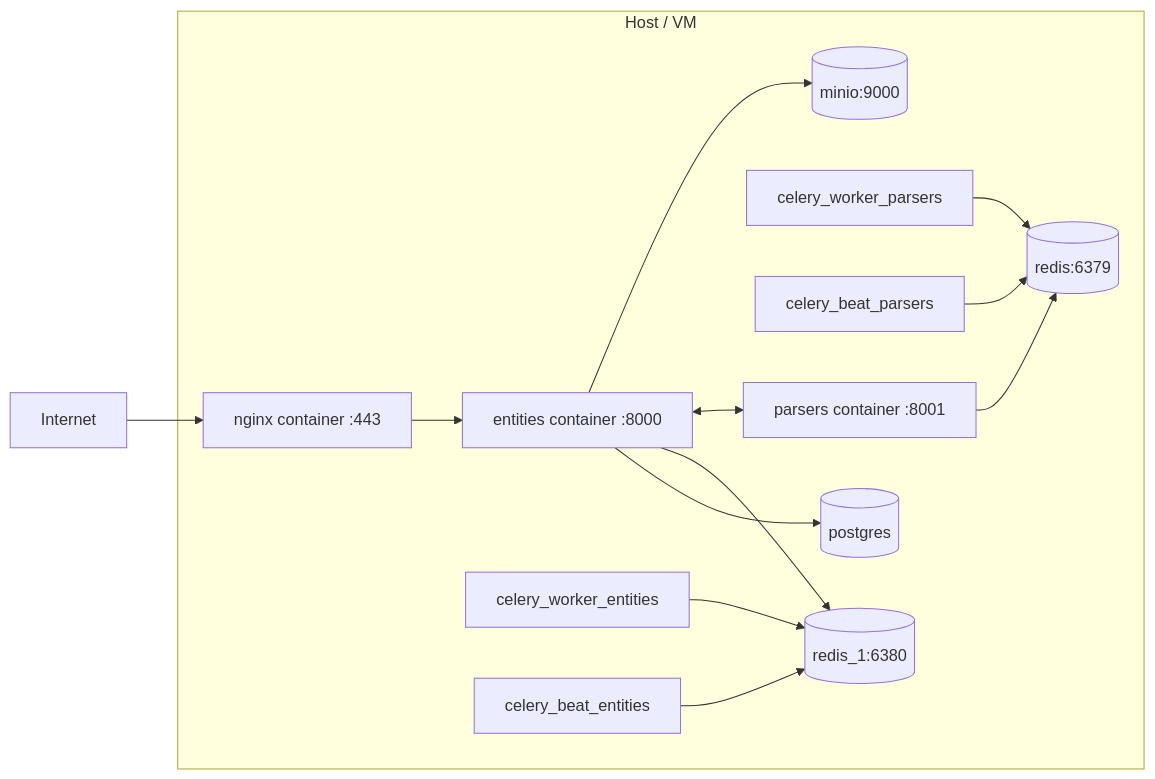
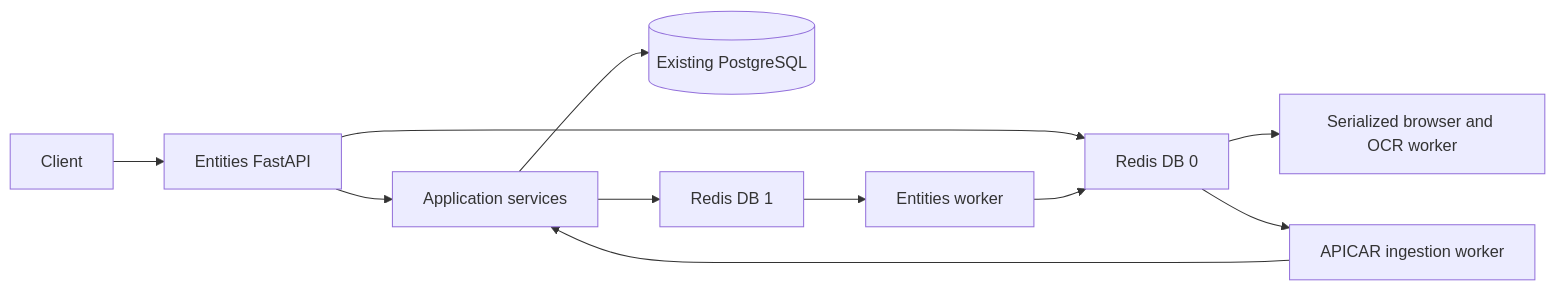
One commit to dmytro-cyber/user_registration changed the diagram in README.md. Above: the diagram before and after it, drawn with Mermaid. The commit also changed other lines of this file and 75 other files, not shown here.

Commit message:
refactor: consolidate parsers into entities and separate domain, services, and persistence

````diff
--- a/README.md
+++ b/README.md
@@ -2340,26 +9,13 @@
 ```mermaid
 flowchart LR
-  subgraph Host[Host / VM]
-    Nginx[nginx container :443]
-    Entities[entities container :8000]
-    Parsers[parsers container :8001]
-    CWe[celery_worker_entities]
-    CBe[celery_beat_entities]
-    CWp[celery_worker_parsers]
-    CBp[celery_beat_parsers]
-    DB[(postgres)]
-    R0[(redis:6379)]
-    R1[(redis_1:6380)]
-    MinIO[(minio:9000)]
-  end
-  Internet --> Nginx --> Entities
-  Entities --> DB
-  Entities --> R1
-  CWe --> R1
-  CBe --> R1
-  Parsers --> R0
-  CWp --> R0
-  CBp --> R0
-  Entities <--> Parsers
-  Entities --> MinIO
+    Client --> API[Entities FastAPI]
+    API --> Services[Application services]
+    Services --> DB[(Existing PostgreSQL)]
+    Services --> DomainQueue[Redis DB 1]
+    DomainQueue --> DomainWorker[Entities worker]
+    API --> IntegrationQueue[Redis DB 0]
+    DomainWorker --> IntegrationQueue
+    IntegrationQueue --> Scraping[Serialized browser and OCR worker]
+    IntegrationQueue --> Import[APICAR ingestion worker]
+    Import --> Services
 ```
````
